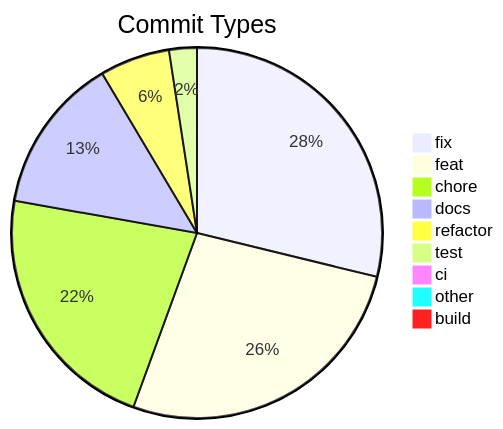
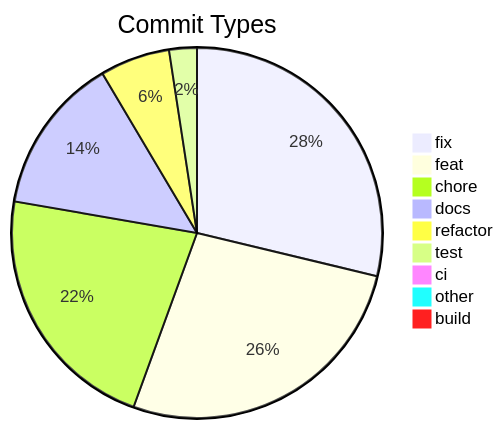
Before and after one commit to svenroth-ai/shipwright: the diagram in .shipwright/compliance/change-history.md, drawn with Mermaid. The commit also changed other lines of this file and 24 other files, not shown here.

````diff
--- a/.shipwright/compliance/change-history.md
+++ b/.shipwright/compliance/change-history.md
@@ -8,12 +8,12 @@
 ```mermaid
 pie title Commit Types
     "fix" : 297
-    "feat" : 276
+    "feat" : 277
     "chore" : 229
-    "docs" : 141
+    "docs" : 142
     "refactor" : 63
     "test" : 25
     "ci" : 7
     "other" : 7
     "build" : 1
 ```
````
